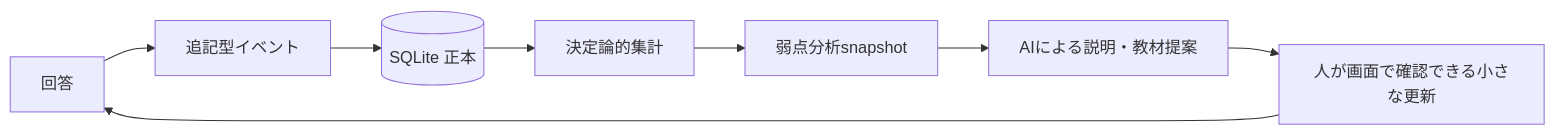
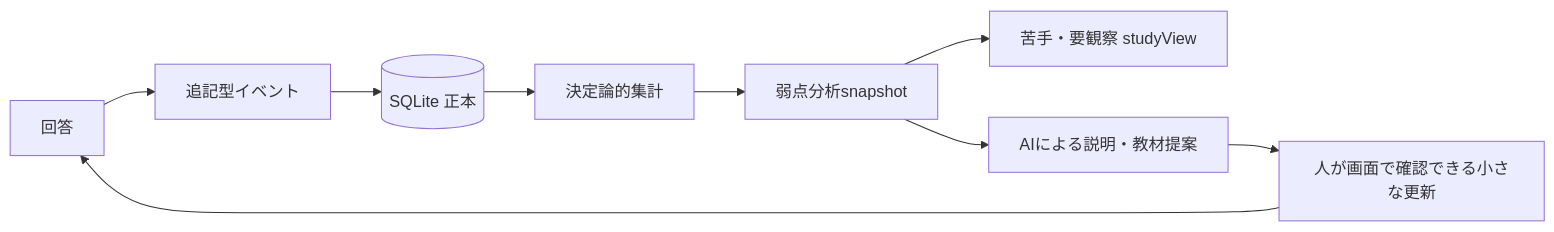
One commit to yamashita-yukihito/gyousei-lab changed the third of 3 diagrams in ARCHITECTURE.md. Above: the diagram before and after it, drawn with Mermaid. The commit also changed other lines of this file and 9 other files, not shown here.

````diff
--- a/ARCHITECTURE.md
+++ b/ARCHITECTURE.md
@@ -156,10 +156,11 @@
 ```mermaid
 flowchart LR
     Solve[回答] --> Event[追記型イベント]
     Event --> SQLite[(SQLite 正本)]
     SQLite --> Aggregate[決定論的集計]
     Aggregate --> Snapshot[弱点分析snapshot]
+    Snapshot --> WeaknessView[苦手・要観察 studyView]
     Snapshot --> AI[AIによる説明・教材提案]
     AI --> Reviewed[人が画面で確認できる小さな更新]
     Reviewed --> Solve
 ```
````
